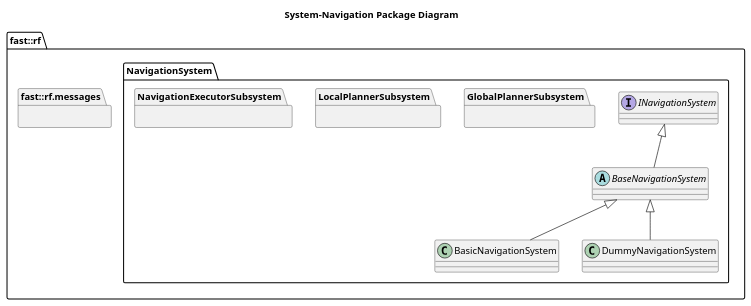
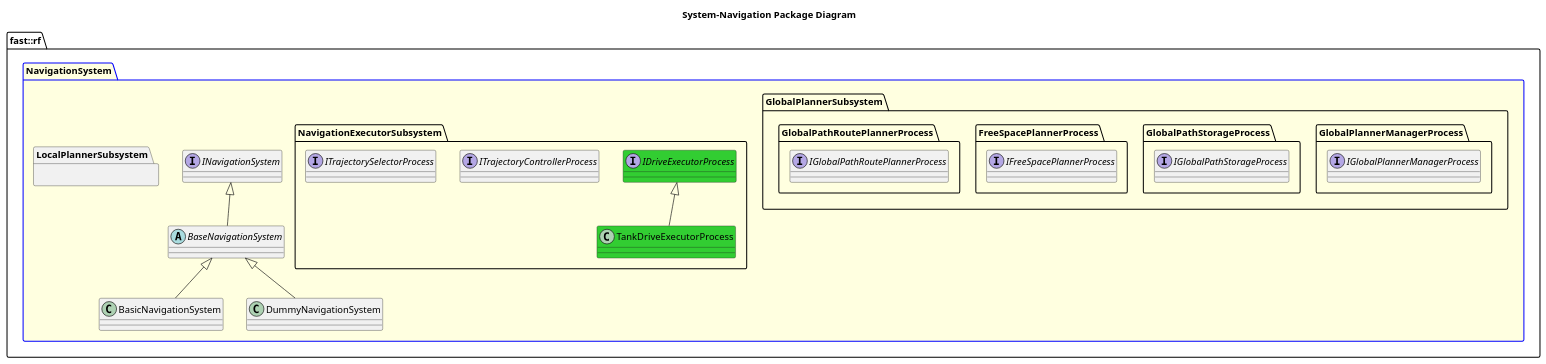
Before and after one commit to fastrobotics/robot_framework: the diagram in Systems/Navigation/doc/puml/SystemNavigationPackageDiagram.puml, drawn with PlantUML. The commit also changed 64 other files, not shown here.

```diff
--- a/Systems/Navigation/doc/puml/SystemNavigationPackageDiagram.puml
+++ b/Systems/Navigation/doc/puml/SystemNavigationPackageDiagram.puml
@@ -1,30 +1,44 @@
 @startuml
 title System-Navigation Package Diagram
 
 namespace fast::rf {
-  namespace messages  {}
-  namespace NavigationSystem {
+  package NavigationSystem #LightYellow;line:blue {
     interface INavigationSystem {
     }
     abstract BaseNavigationSystem {
     }
     INavigationSystem <|-- BaseNavigationSystem
     class BasicNavigationSystem {
 
     }
     BaseNavigationSystem <|-- BasicNavigationSystem
     class DummyNavigationSystem  {
     }
     BaseNavigationSystem <|-- DummyNavigationSystem
-    package GlobalPlannerSubsystem {
+    namespace GlobalPlannerSubsystem {
+      namespace GlobalPlannerManagerProcess {
+        interface IGlobalPlannerManagerProcess
+      }
+      namespace GlobalPathStorageProcess {
+        interface IGlobalPathStorageProcess
+      }
+      namespace FreeSpacePlannerProcess {
+        interface IFreeSpacePlannerProcess
+      }
+      namespace GlobalPathRoutePlannerProcess {
+        interface IGlobalPathRoutePlannerProcess
+      }
+    }
+    namespace LocalPlannerSubsystem {
 
     }
-    package LocalPlannerSubsystem {
-
-    }
-    package NavigationExecutorSubsystem {
-      
+    namespace NavigationExecutorSubsystem {
+      interface IDriveExecutorProcess #LimeGreen
+      class TankDriveExecutorProcess #LimeGreen
+      TankDriveExecutorProcess -up-|> IDriveExecutorProcess
+      interface ITrajectoryControllerProcess
+      interface ITrajectorySelectorProcess
     }
   }
 }
 @enduml
```
